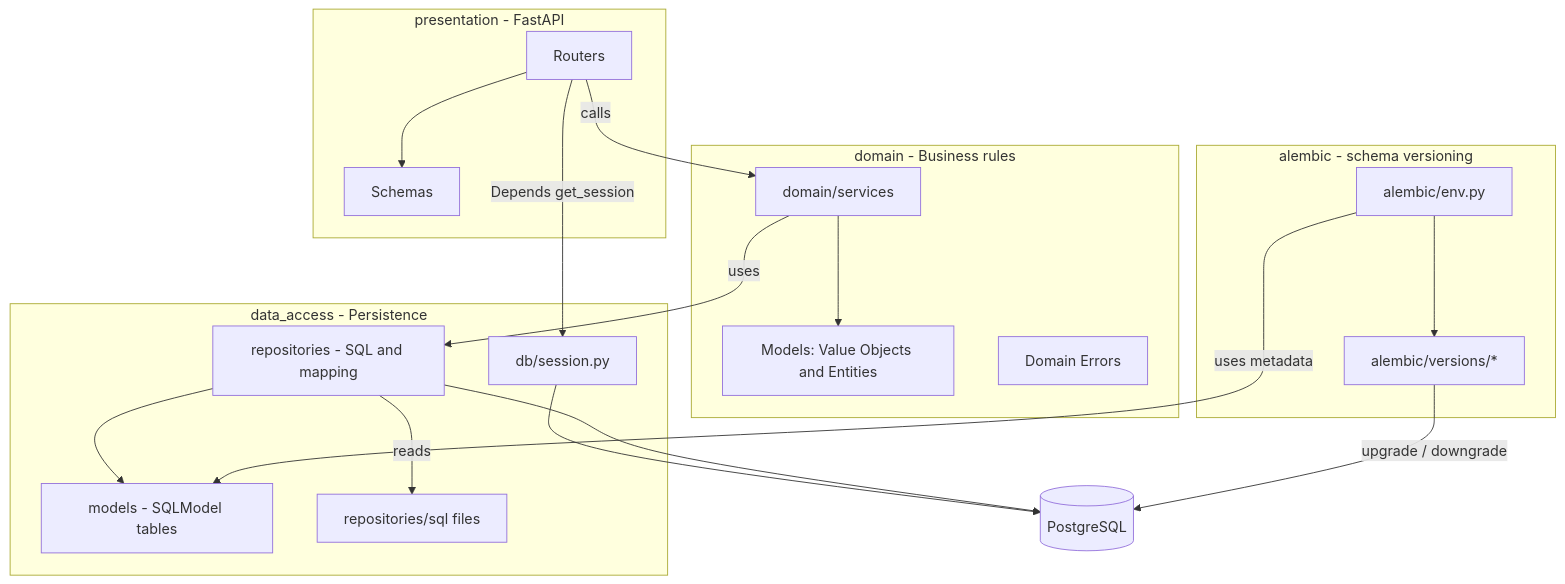
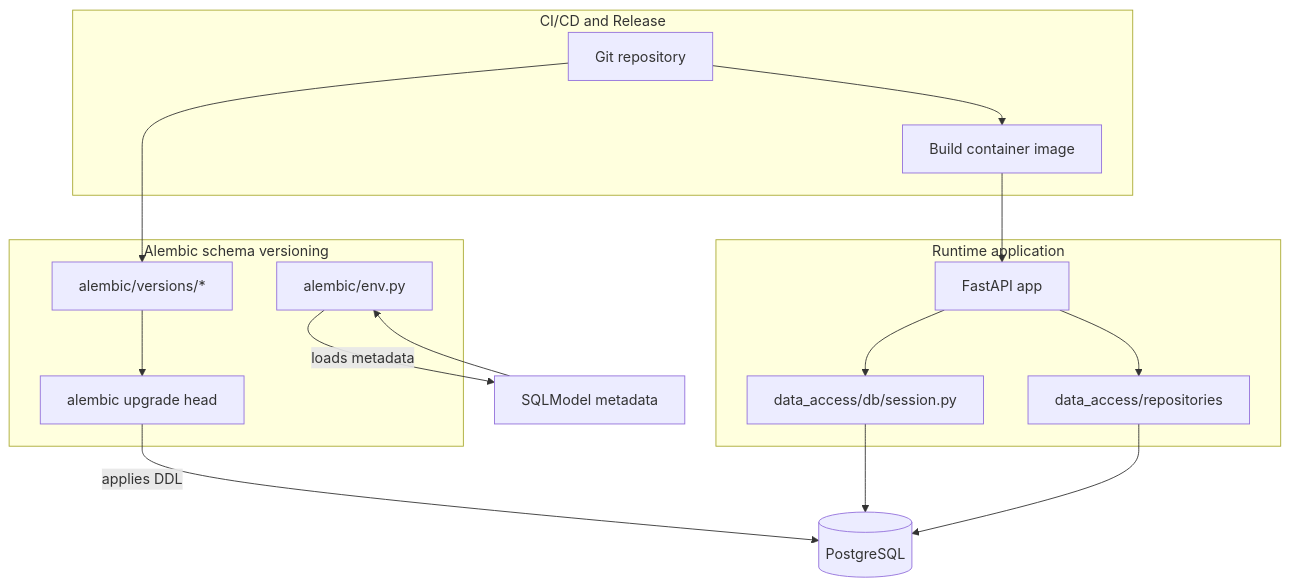
Before and after one commit to qdtsynagae/sample: the first of 3 diagrams in docs/architecture.md, drawn with Mermaid. The commit also changed other lines of this file, not shown here.

````diff
--- a/docs/architecture.md
+++ b/docs/architecture.md
@@ -7,44 +7,31 @@
 ```mermaid
 flowchart TB
-  subgraph Presentation[presentation - FastAPI]
-    R[Routers]
-    S[Schemas]
+  subgraph Build[CI/CD and Release]
+    SRC[Git repository]
+    IMG[Build container image]
   end
 
-  subgraph Domain[domain - Business rules]
-    M[Models: Value Objects and Entities]
-    E[Domain Errors]
-    SV[domain/services]
+  subgraph Migrations[Alembic schema versioning]
+    ENV[alembic/env.py]
+    VER[alembic/versions/*]
+    CMD[alembic upgrade head]
   end
 
-  subgraph DataAccess[data_access - Persistence]
-    DB[db/session.py]
-    T[models - SQLModel tables]
-    Repo[repositories - SQL and mapping]
-    SQLF[repositories/sql files]
+  subgraph App[Runtime application]
+    API[FastAPI app]
+    DBSESS[data_access/db/session.py]
+    REPO[data_access/repositories]
   end
 
-  subgraph Migrations[alembic - schema versioning]
-    A1[alembic/env.py]
-    A2[alembic/versions/*]
-  end
+  PG[(PostgreSQL)]
 
-  R --> S
-  R -->|Depends get_session| DB
-  R -->|calls| SV
-
-  SV --> M
-  SV -->|uses| Repo
-  Repo -->|reads| SQLF
-  Repo --> T
-
-  DB --> PG[(PostgreSQL)]
-  Repo --> PG
-
-  %% migrations path (operational)
-  A1 --> A2
-  A2 -->|upgrade / downgrade| PG
-  A1 -->|uses metadata| T
-
-
+  SRC --> IMG
+  SRC --> VER
+  ENV -->|loads metadata| META[SQLModel metadata]
+  CMD -->|applies DDL| PG
+  IMG --> API
+  API --> DBSESS --> PG
+  API --> REPO --> PG
+  VER --> CMD
+  META --> ENV
 ```
````
